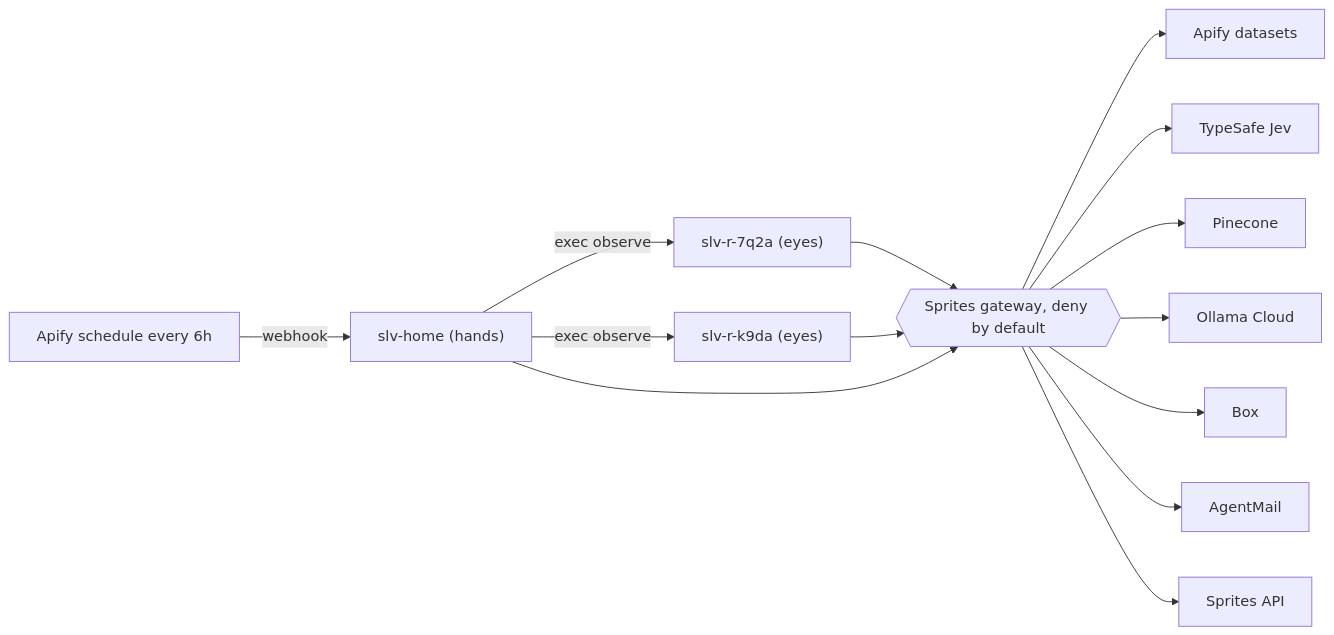
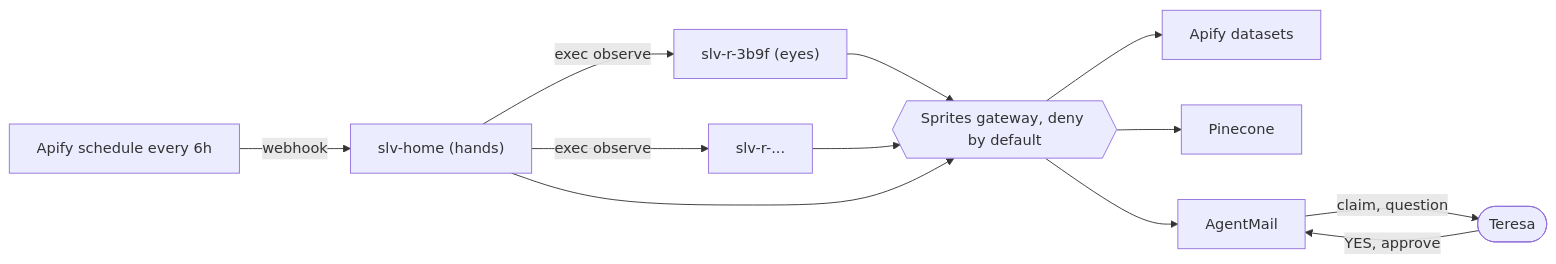
The diagram in README.md (0xkinno/salvor), drawn with Mermaid before and after one commit. The commit also changed other lines of this file and 26 other files, not shown here.

````diff
--- a/README.md
+++ b/README.md
@@ -91,9 +86,11 @@
 ```mermaid
 flowchart LR
   AP[Apify schedule every 6h] -- webhook --> H["slv-home (hands)"]
-  H -- exec observe --> R1["slv-r-7q2a (eyes)"] & R2["slv-r-k9da (eyes)"]
+  H -- exec observe --> R1["slv-r-3b9f (eyes)"] & R2["slv-r-..."]
   R1 & R2 --> G{{"Sprites gateway, deny by default"}}
   H --> G
-  G --> APD[Apify datasets] & JV[TypeSafe Jev] & PC[Pinecone]
-  G --> OL[Ollama Cloud] & BX[Box] & AM[AgentMail] & SA[Sprites API]
+  G --> APD[Apify datasets] & PC[Pinecone]
+  G --> AM[AgentMail]
+  AM -- claim, question --> T([Teresa])
+  T -- "YES, approve" --> AM
 ```
````
